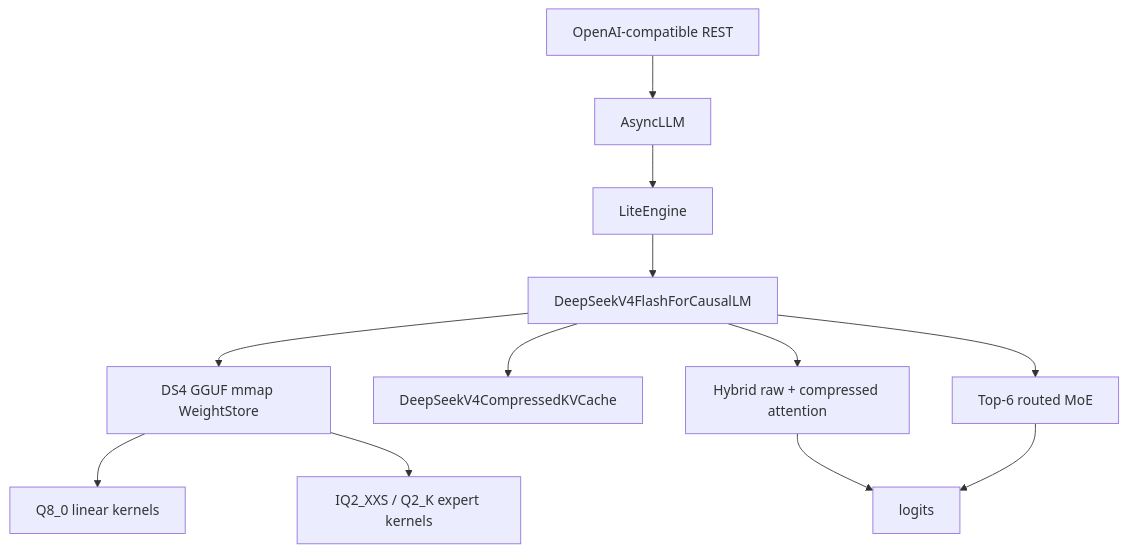
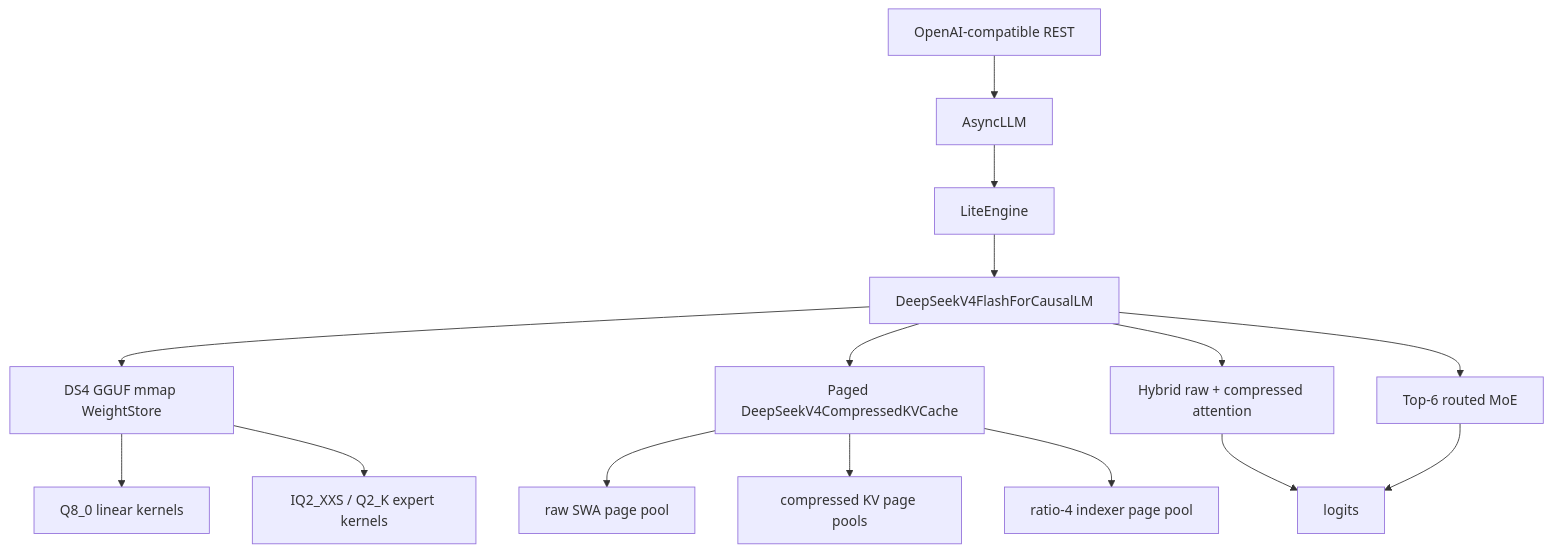
One commit to jiayingsong2023/litevLLM changed the diagram in docs/design/deepseek_v4_flash_q2_native.md. Above: the diagram before and after it, drawn with Mermaid. The commit also changed other lines of this file and 1 other file, not shown here.

Commit message:
docs: require paged compressed kv for deepseek

````diff
--- a/docs/design/deepseek_v4_flash_q2_native.md
+++ b/docs/design/deepseek_v4_flash_q2_native.md
@@ -85,14 +92,17 @@
 ```mermaid
 flowchart TD
     REST["OpenAI-compatible REST"] --> Async["AsyncLLM"]
     Async --> Engine["LiteEngine"]
     Engine --> Model["DeepSeekV4FlashForCausalLM"]
     Model --> Store["DS4 GGUF mmap WeightStore"]
-    Model --> KV["DeepSeekV4CompressedKVCache"]
+    Model --> KV["Paged DeepSeekV4CompressedKVCache"]
     Model --> Attn["Hybrid raw + compressed attention"]
     Model --> MoE["Top-6 routed MoE"]
+    KV --> RawPages["raw SWA page pool"]
+    KV --> CompPages["compressed KV page pools"]
+    KV --> IndexPages["ratio-4 indexer page pool"]
     Store --> Q8["Q8_0 linear kernels"]
     Store --> Q2["IQ2_XXS / Q2_K expert kernels"]
     Attn --> Logits["logits"]
     MoE --> Logits
 ```
````
